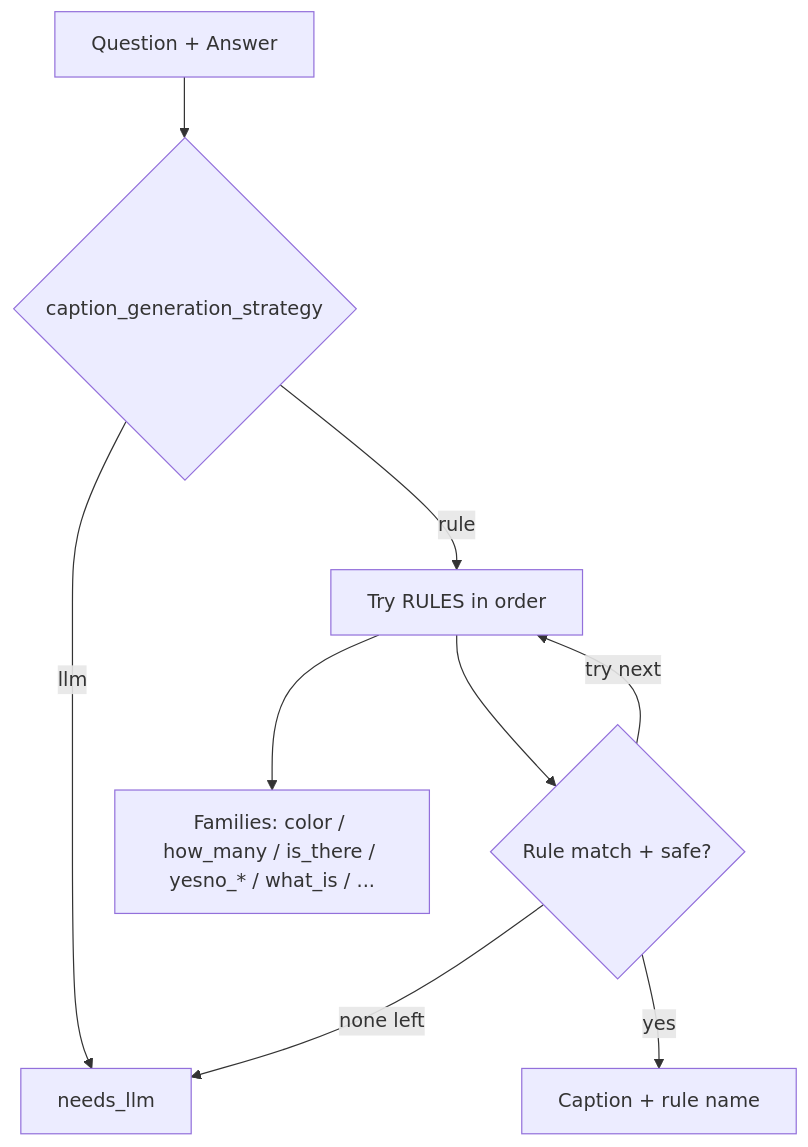
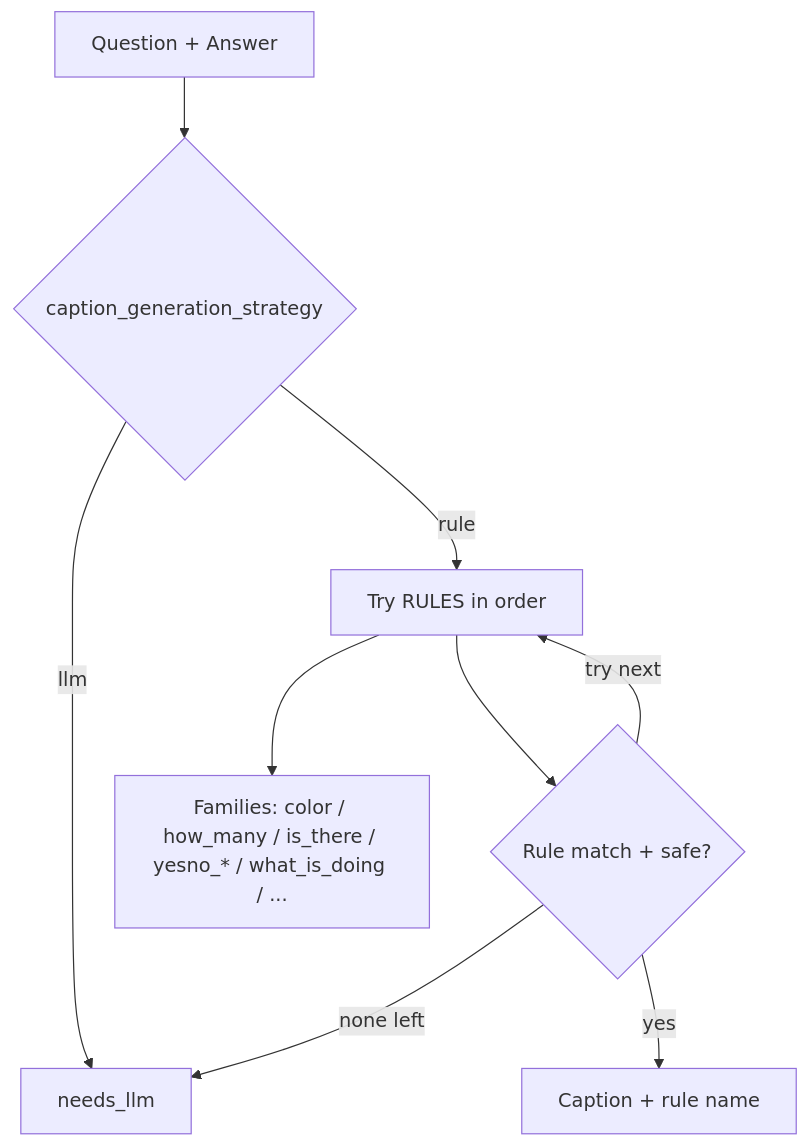
Before and after one commit to MahdiRuzmeh/ImageCaptioningImprovedVisualQuestionAnswering: the fourth of 6 diagrams in QuestionDependentCaptionGenerator/architecture/architecture.en.md, drawn with Mermaid. The commit also changed other lines of this file and 7 other files, not shown here.

Commit message:
feat: Refine question classification and caption generation by implementing a conservative whitelist for visual questions, enhancing validation checks, and adding detailed logging for rule validation outcomes. Update documentation to reflect changes in classification logic and processing flow.

````diff
--- a/QuestionDependentCaptionGenerator/architecture/architecture.en.md
+++ b/QuestionDependentCaptionGenerator/architecture/architecture.en.md
@@ -148,11 +152,11 @@
 ```mermaid
 flowchart TD
   q[Question + Answer] --> strat{caption_generation_strategy}
   strat -->|llm| needsLlm[needs_llm]
   strat -->|rule| tryRules[Try RULES in order]
   tryRules --> match{Rule match + safe?}
   match -->|yes| cap[Caption + rule name]
   match -->|try next| tryRules
   match -->|none left| needsLlm
-  tryRules --> families[Families: color / how_many / is_there / yesno_* / what_is / ...]
+  tryRules --> families[Families: color / how_many / is_there / yesno_* / what_is_doing / ...]
 ```
````
